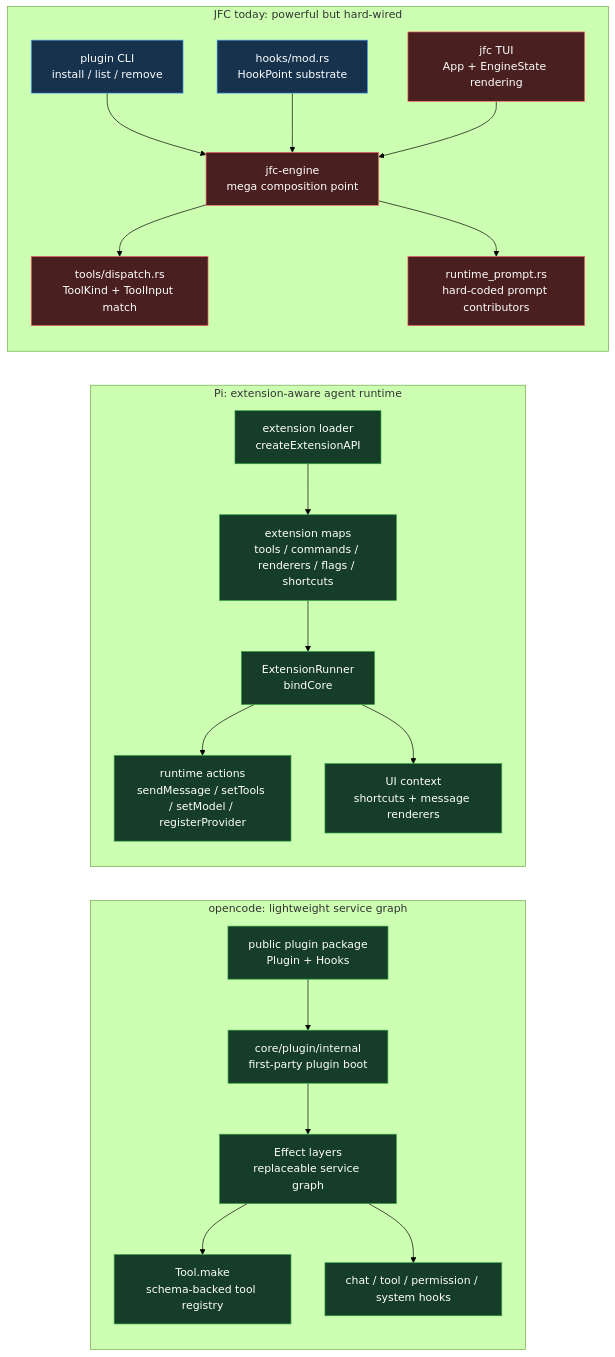
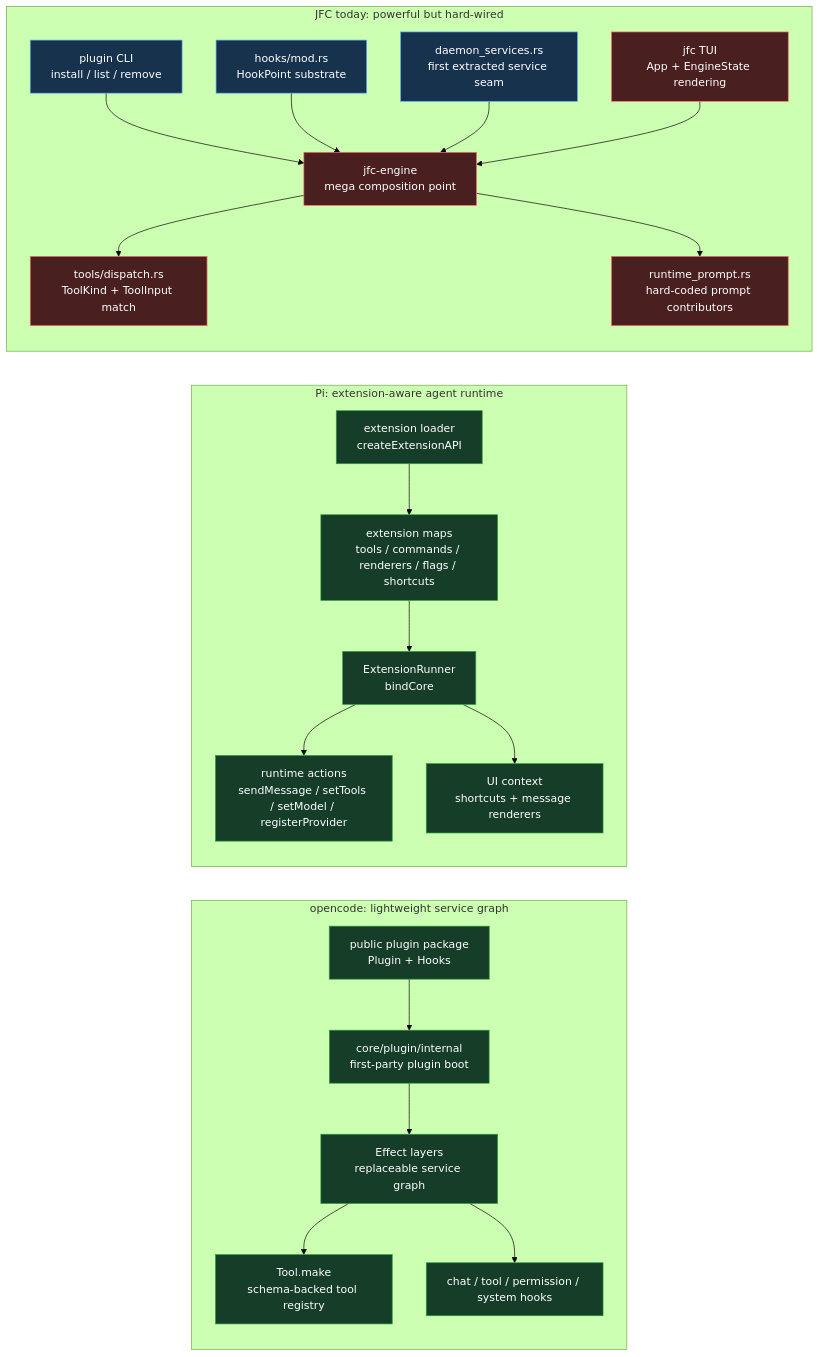
The first of 9 diagrams in ARCHITECTURE.md (Miasin-Labs/jfc), drawn with Mermaid (forest theme) before and after one commit. The commit also changed other lines of this file and 287 other files, not shown here.

````diff
--- a/ARCHITECTURE.md
+++ b/ARCHITECTURE.md
@@ -35,31 +115,32 @@
 ```mermaid
 flowchart LR
     subgraph opencode["opencode: lightweight service graph"]
         oc_sdk["public plugin package\nPlugin + Hooks"] --> oc_boot["core/plugin/internal\nfirst-party plugin boot"]
         oc_boot --> oc_layers["Effect layers\nreplaceable service graph"]
         oc_layers --> oc_tools["Tool.make\nschema-backed tool registry"]
         oc_layers --> oc_hooks["chat / tool / permission / system hooks"]
     end
 
     subgraph pi["Pi: extension-aware agent runtime"]
         pi_loader["extension loader\ncreateExtensionAPI"] --> pi_maps["extension maps\ntools / commands / renderers / flags / shortcuts"]
         pi_maps --> pi_runner["ExtensionRunner\nbindCore"]
         pi_runner --> pi_actions["runtime actions\nsendMessage / setTools / setModel / registerProvider"]
         pi_runner --> pi_ui["UI context\nshortcuts + message renderers"]
     end
 
     subgraph jfc["JFC today: powerful but hard-wired"]
         jfc_cli["plugin CLI\ninstall / list / remove"] --> jfc_engine["jfc-engine\nmega composition point"]
         jfc_hooks["hooks/mod.rs\nHookPoint substrate"] --> jfc_engine
+        jfc_services["daemon_services.rs\nfirst extracted service seam"] --> jfc_engine
         jfc_engine --> jfc_tools["tools/dispatch.rs\nToolKind + ToolInput match"]
         jfc_engine --> jfc_prompt["runtime_prompt.rs\nhard-coded prompt contributors"]
         jfc_tui["jfc TUI\nApp + EngineState rendering"] --> jfc_engine
     end
 
     classDef good fill:#153d28,stroke:#2ea043,color:#fff;
     classDef medium fill:#17324d,stroke:#58a6ff,color:#fff;
     classDef hot fill:#4a1f1f,stroke:#ff6b6b,color:#fff;
     class oc_sdk,oc_boot,oc_layers,oc_tools,oc_hooks,pi_loader,pi_maps,pi_runner,pi_actions,pi_ui good;
-    class jfc_cli,jfc_hooks medium;
+    class jfc_cli,jfc_hooks,jfc_services medium;
     class jfc_engine,jfc_tools,jfc_prompt,jfc_tui hot;
 ```
````
